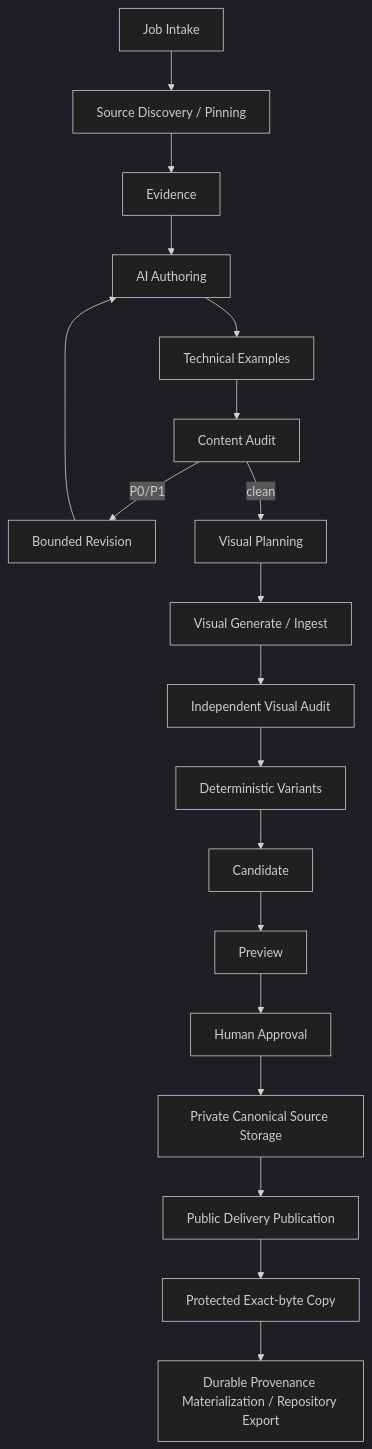
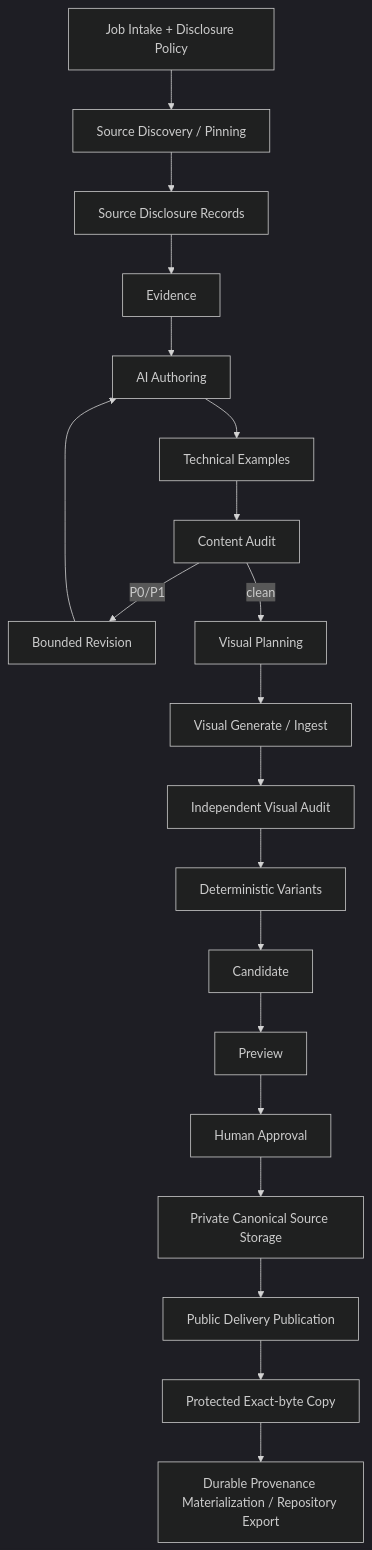
Before and after one commit to Xpotato1024/xpotato-site: the diagram in docs/architecture/article-pipeline.md, drawn with Mermaid (dark theme). The commit also changed other lines of this file, not shown here.

Commit message:
Synchronize Article Job pipeline with disclosure admission

````diff
--- a/docs/architecture/article-pipeline.md
+++ b/docs/architecture/article-pipeline.md
@@ -19,13 +19,15 @@
 ```mermaid
 flowchart TD
-    A[Job Intake] --> B[Source Discovery / Pinning] --> C[Evidence]
-    C --> D[AI Authoring] --> E[Technical Examples] --> F[Content Audit]
-    F -->|P0/P1| G[Bounded Revision] --> D
-    F -->|clean| H[Visual Planning] --> I[Visual Generate / Ingest]
-    I --> J[Independent Visual Audit] --> K[Deterministic Variants]
-    K --> L[Candidate] --> M[Preview] --> N[Human Approval]
-    N --> S[Private Canonical Source Storage]
-    S --> O[Public Delivery Publication]
-    O --> P[Protected Exact-byte Copy]
-    P --> Q[Durable Provenance Materialization / Repository Export]
+    A[Job Intake + Disclosure Policy] --> B[Source Discovery / Pinning]
+    B --> C[Source Disclosure Records]
+    C --> D[Evidence]
+    D --> E[AI Authoring] --> F[Technical Examples] --> G[Content Audit]
+    G -->|P0/P1| H[Bounded Revision] --> E
+    G -->|clean| I[Visual Planning] --> J[Visual Generate / Ingest]
+    J --> K[Independent Visual Audit] --> L[Deterministic Variants]
+    L --> M[Candidate] --> N[Preview] --> O[Human Approval]
+    O --> P[Private Canonical Source Storage]
+    P --> Q[Public Delivery Publication]
+    Q --> R[Protected Exact-byte Copy]
+    R --> S[Durable Provenance Materialization / Repository Export]
 ```
````
